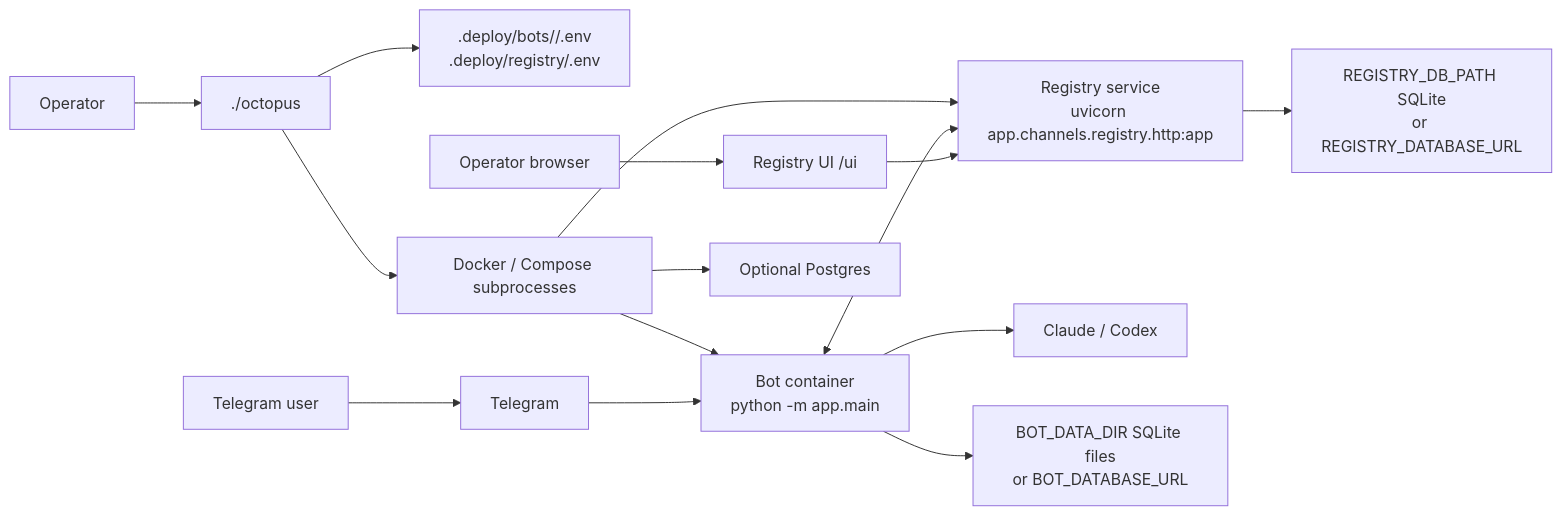
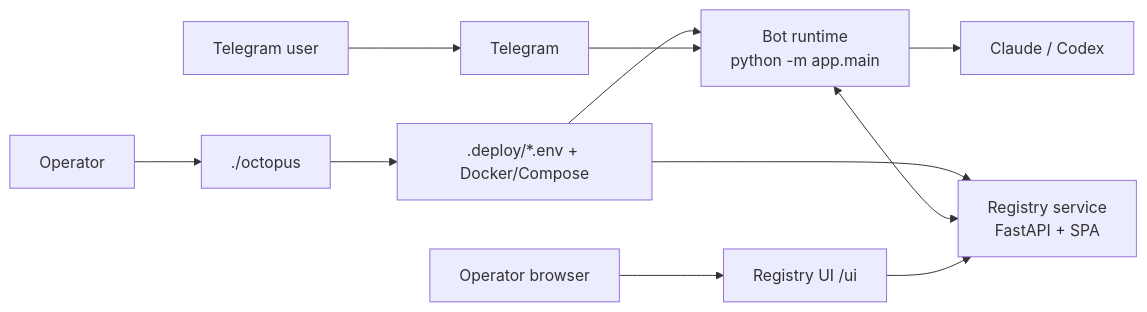
The first of 4 diagrams in ARCHITECTURE.md (privacynow/octopus), drawn with Mermaid before and after one commit. The commit also changed other lines of this file and 1 other file, not shown here.

````diff
--- a/ARCHITECTURE.md
+++ b/ARCHITECTURE.md
@@ -14,20 +17,15 @@
 ```mermaid
 flowchart LR
     Operator["Operator"] --> CLI["./octopus"]
-    CLI --> Deploy[".deploy/bots/<slug>/.env<br/>.deploy/registry/.env"]
-    CLI --> Compose["Docker / Compose subprocesses"]
-
     User["Telegram user"] --> TG["Telegram"]
     Browser["Operator browser"] --> UI["Registry UI /ui"]
 
-    Compose --> Bot["Bot container<br/>python -m app.main"]
-    Compose --> Registry["Registry service<br/>uvicorn app.channels.registry.http:app"]
-    Compose --> PG["Optional Postgres"]
+    CLI --> Deploy[".deploy/*.env + Docker/Compose"]
+    Deploy --> Bot["Bot runtime<br/>python -m app.main"]
+    Deploy --> Registry["Registry service<br/>FastAPI + SPA"]
 
     TG --> Bot
     Bot --> Provider["Claude / Codex"]
-    Bot --> BotDB["BOT_DATA_DIR SQLite files<br/>or BOT_DATABASE_URL"]
     Bot <--> Registry
     UI --> Registry
-    Registry --> RegistryDB["REGISTRY_DB_PATH SQLite<br/>or REGISTRY_DATABASE_URL"]
 ```
````
